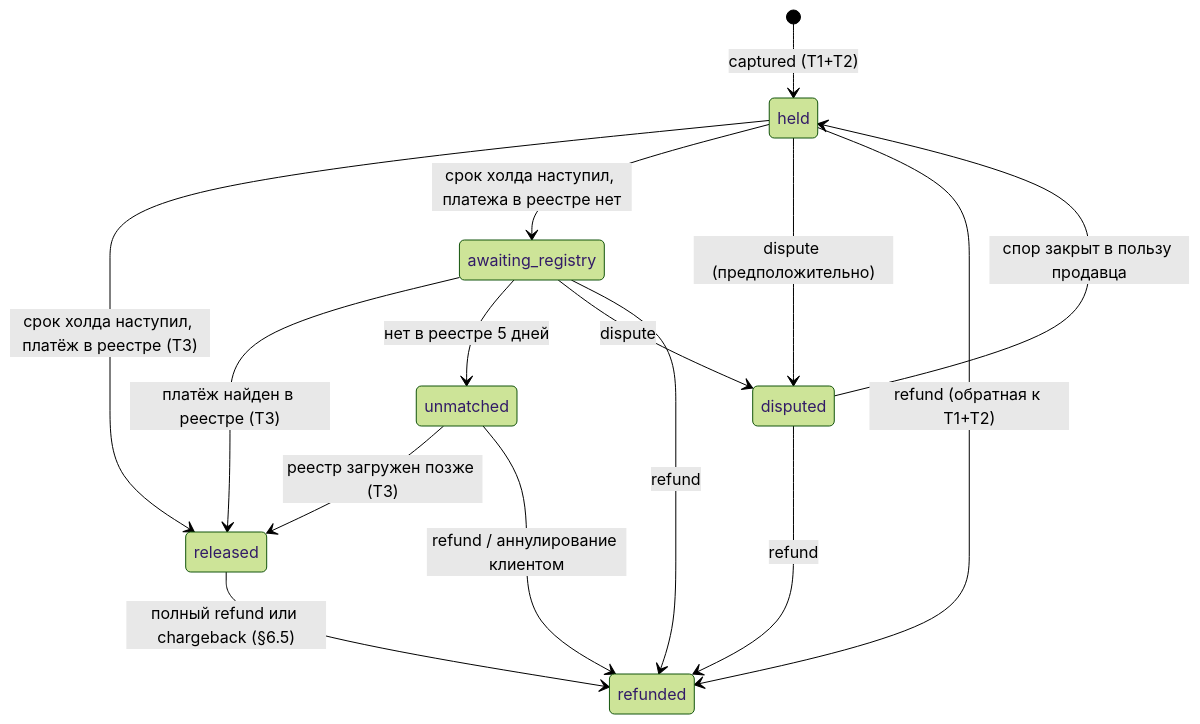
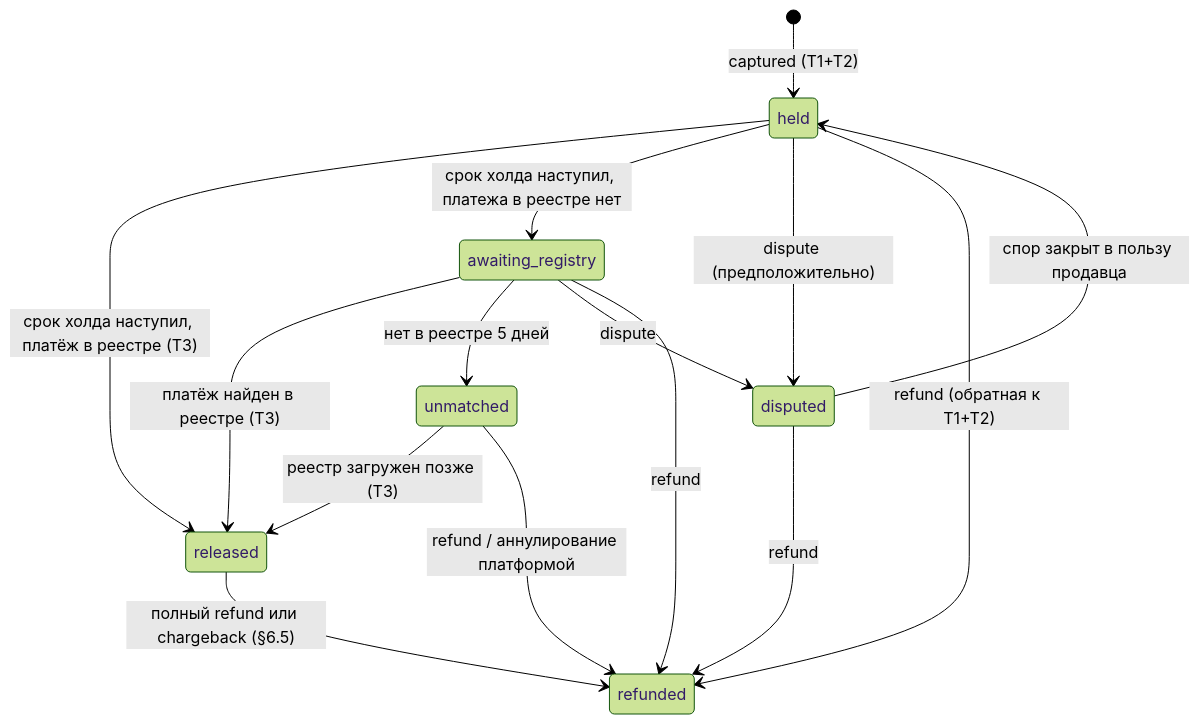
Before and after one commit to hino-2/plat-forma: the third of 6 diagrams in 03-high-level-design.md, drawn with Mermaid (forest theme). The commit also changed other lines of this file and 6 other files, not shown here.

````diff
--- a/03-high-level-design.md
+++ b/03-high-level-design.md
@@ -931,17 +931,17 @@
 ```mermaid
 stateDiagram-v2
   [*] --> held: captured (T1+T2)
   held --> released: срок холда наступил, платёж в реестре (T3)
   held --> awaiting_registry: срок холда наступил, платежа в реестре нет
   awaiting_registry --> released: платёж найден в реестре (T3)
   awaiting_registry --> unmatched: нет в реестре 5 дней
   unmatched --> released: реестр загружен позже (T3)
   held --> disputed: dispute (предположительно)
   awaiting_registry --> disputed: dispute
   disputed --> held: спор закрыт в пользу продавца
   held --> refunded: refund (обратная к T1+T2)
   awaiting_registry --> refunded: refund
   disputed --> refunded: refund
-  unmatched --> refunded: refund / аннулирование клиентом
+  unmatched --> refunded: refund / аннулирование платформой
   released --> refunded: полный refund или chargeback (§6.5)
 ```
````
